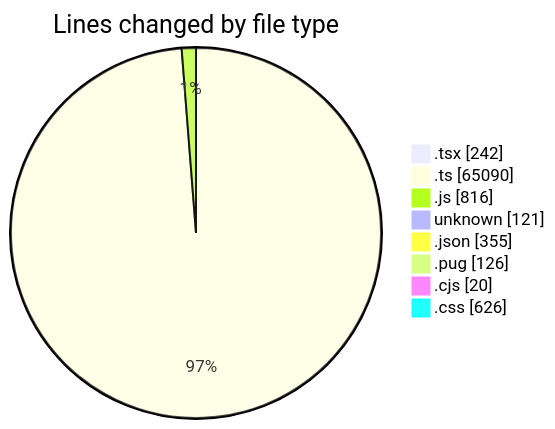
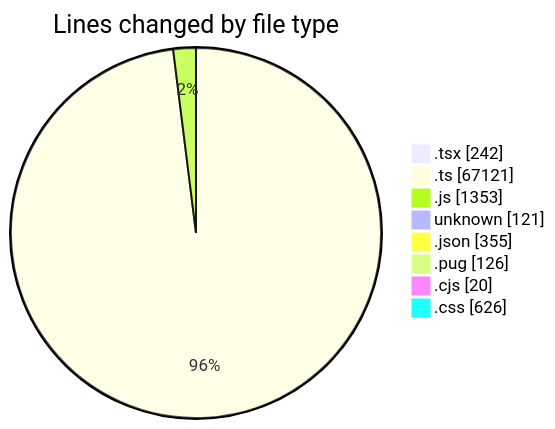
The first of 2 diagrams in 2026-06-01/cda/README.md (momahboobian/code-tracking), drawn with Mermaid before and after one commit. The commit also changed other lines of this file and 1 other file, not shown here.

````diff
--- a/2026-06-01/cda/README.md
+++ b/2026-06-01/cda/README.md
@@ -73,12 +76,12 @@
 ```mermaid
 pie showData
 title Lines changed by file type
 ".tsx" : 242
-".ts" : 65090
-".js" : 816
+".ts" : 67121
+".js" : 1353
 "unknown" : 121
 ".json" : 355
 ".pug" : 126
 ".cjs" : 20
 ".css" : 626
 ```
````
